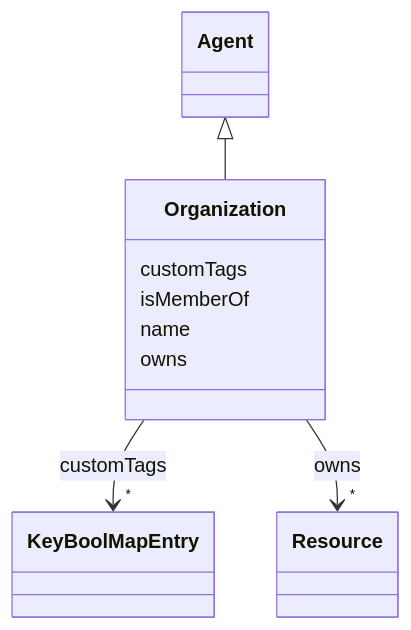
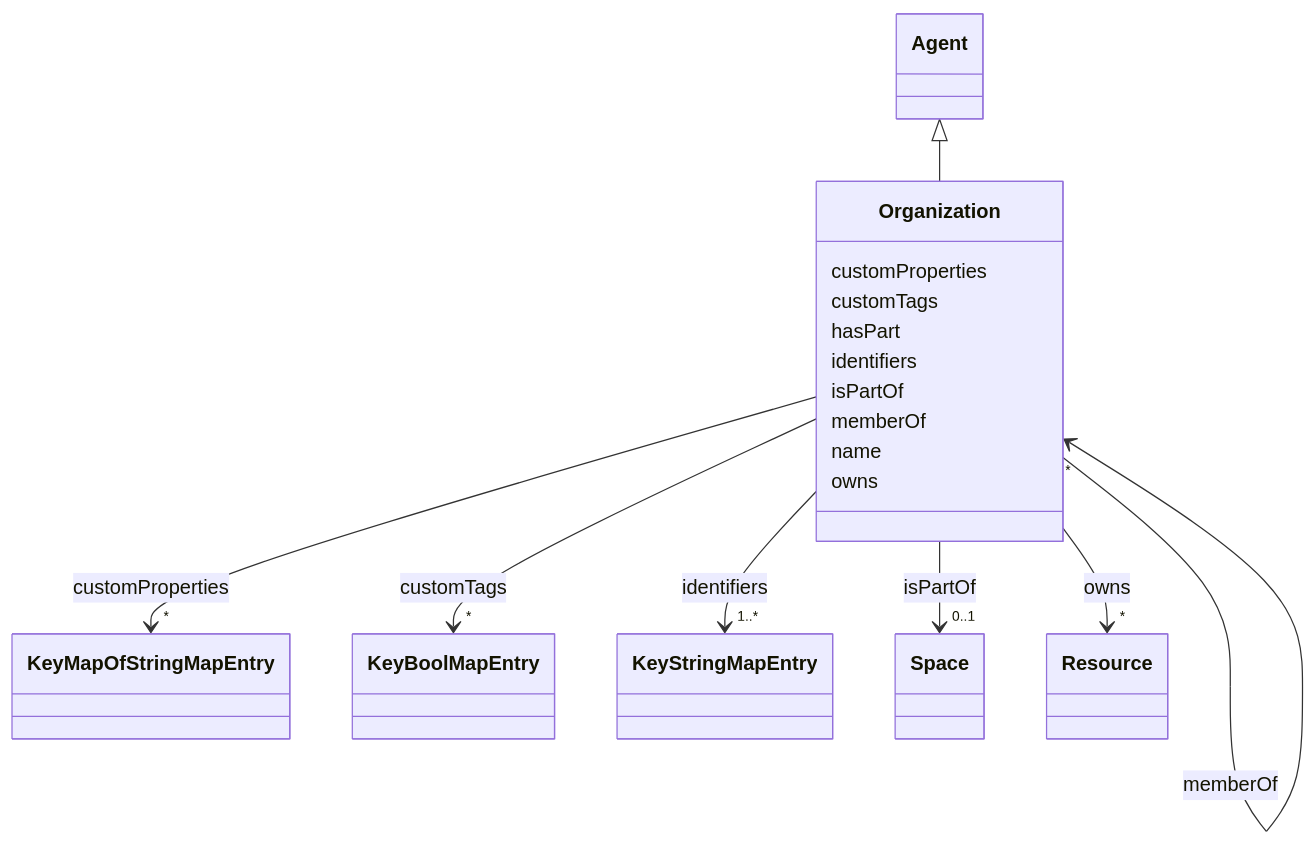
One commit to takashikasuya/smartbuiding_ontology changed the diagram in docs/Organization.md. Above: the diagram before and after it, drawn with Mermaid. The commit also changed other lines of this file and 74 other files, not shown here.

````diff
--- a/docs/Organization.md
+++ b/docs/Organization.md
@@ -18,35 +18,79 @@
 ```mermaid
  classDiagram
     class Organization
     click Organization href "../Organization/"
       Agent <|-- Organization
         click Agent href "../Agent/"
       
+      Organization : customProperties
+        
+          
+    
+        
+        
+        Organization --> "*" KeyMapOfStringMapEntry : customProperties
+        click KeyMapOfStringMapEntry href "../KeyMapOfStringMapEntry/"
+    
+
+        
       Organization : customTags
         
           
     
         
         
         Organization --> "*" KeyBoolMapEntry : customTags
         click KeyBoolMapEntry href "../KeyBoolMapEntry/"
     
 
         
-      Organization : isMemberOf
+      Organization : hasPart
+        
+      Organization : identifiers
+        
+          
+    
+        
+        
+        Organization --> "1..*" KeyStringMapEntry : identifiers
+        click KeyStringMapEntry href "../KeyStringMapEntry/"
+    
+
+        
+      Organization : isPartOf
+        
+          
+    
+        
+        
+        Organization --> "0..1" Space : isPartOf
+        click Space href "../Space/"
+    
+
+        
+      Organization : memberOf
+        
+          
+    
+        
+        
+        Organization --> "*" Organization : memberOf
+        click Organization href "../Organization/"
+    
+
         
       Organization : name
         
       Organization : owns
         
           
     
         
         
         Organization --> "*" Resource : owns
         click Resource href "../Resource/"
     
 
         
       
 ```
````
